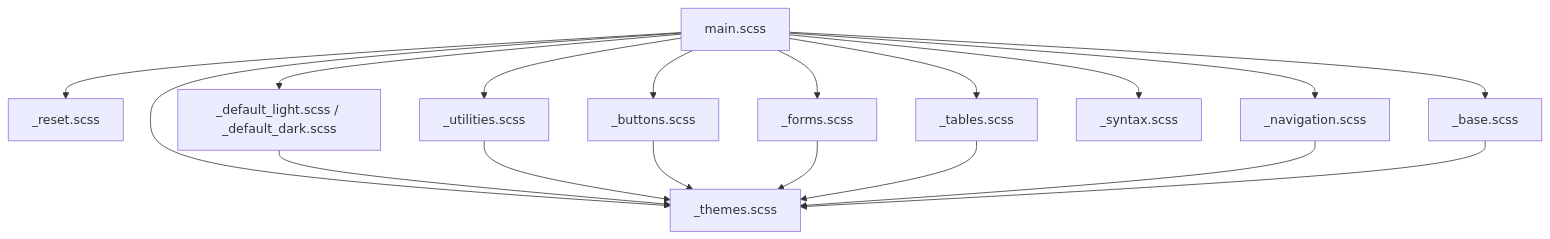
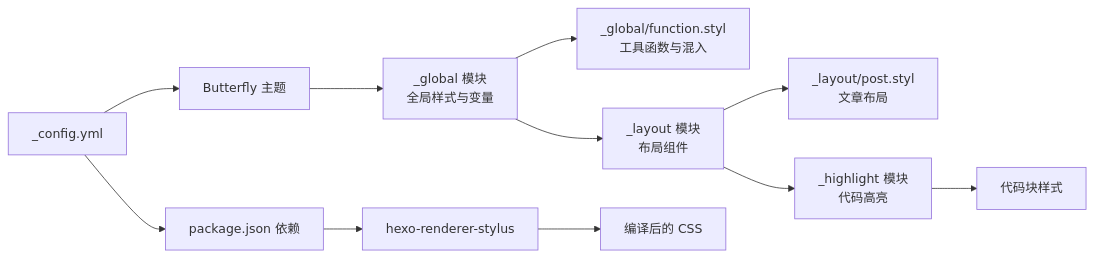
Before and after one commit to CoolPig0720/CoolPig0720.github.io: the second of 3 diagrams in .qoder/repowiki/zh/content/主题和样式系统/SCSS 架构详解/SCSS 架构详解.md, drawn with Mermaid. The commit also changed other lines of this file and 36 other files, not shown here.

````diff
--- a/.qoder/repowiki/zh/content/主题和样式系统/SCSS 架构详解/SCSS 架构详解.md
+++ b/.qoder/repowiki/zh/content/主题和样式系统/SCSS 架构详解/SCSS 架构详解.md
@@ -303,20 +94,13 @@
 ```mermaid
-graph TB
-M["main.scss"] --> TS["_themes.scss"]
-M --> RL["_reset.scss"]
-M --> BA["_base.scss"]
-M --> UT["_utilities.scss"]
-M --> BT["_buttons.scss"]
-M --> FM["_forms.scss"]
-M --> TB["_tables.scss"]
-M --> NV["_navigation.scss"]
-M --> SX["_syntax.scss"]
-M --> TH["_default_light.scss / _default_dark.scss"]
-TH --> TS
-UT --> TS
-BT --> TS
-FM --> TS
-TB --> TS
-NV --> TS
-BA --> TS
+graph LR
+Config["_config.yml"] --> Theme["Butterfly 主题"]
+Theme --> Global["_global 模块<br/>全局样式与变量"]
+Global --> Function["_global/function.styl<br/>工具函数与混入"]
+Global --> Layout["_layout 模块<br/>布局组件"]
+Layout --> Post["_layout/post.styl<br/>文章布局"]
+Layout --> Highlight["_highlight 模块<br/>代码高亮"]
+Highlight --> CodeBlocks["代码块样式"]
+Config --> Package["package.json 依赖"]
+Package --> Renderer["hexo-renderer-stylus"]
+Renderer --> Compiled["编译后的 CSS"]
 ```
````
